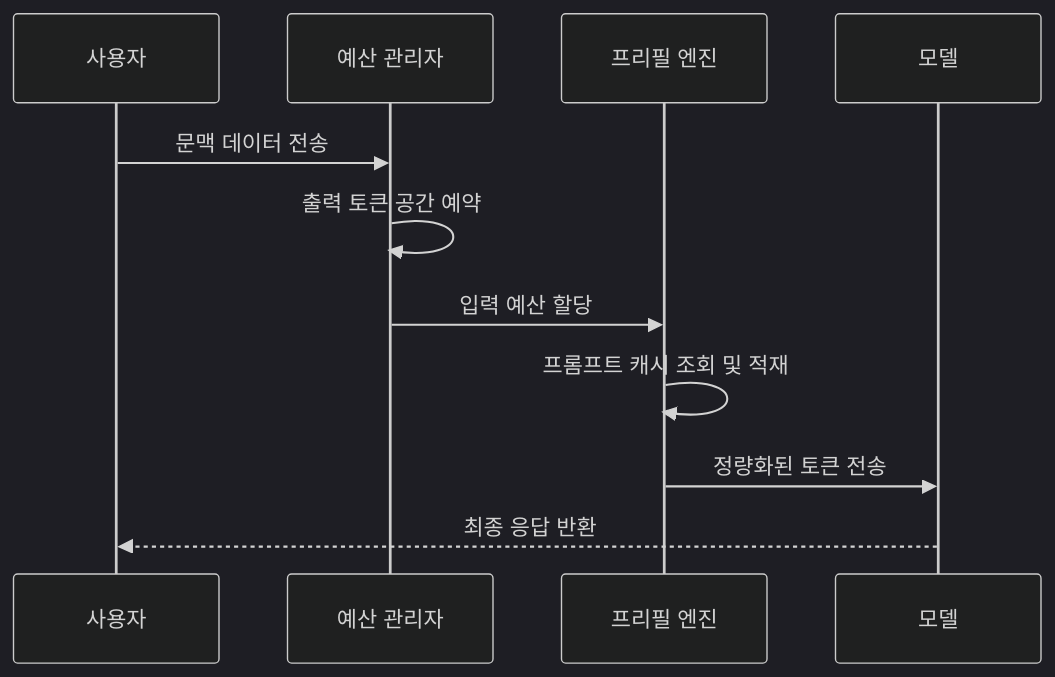
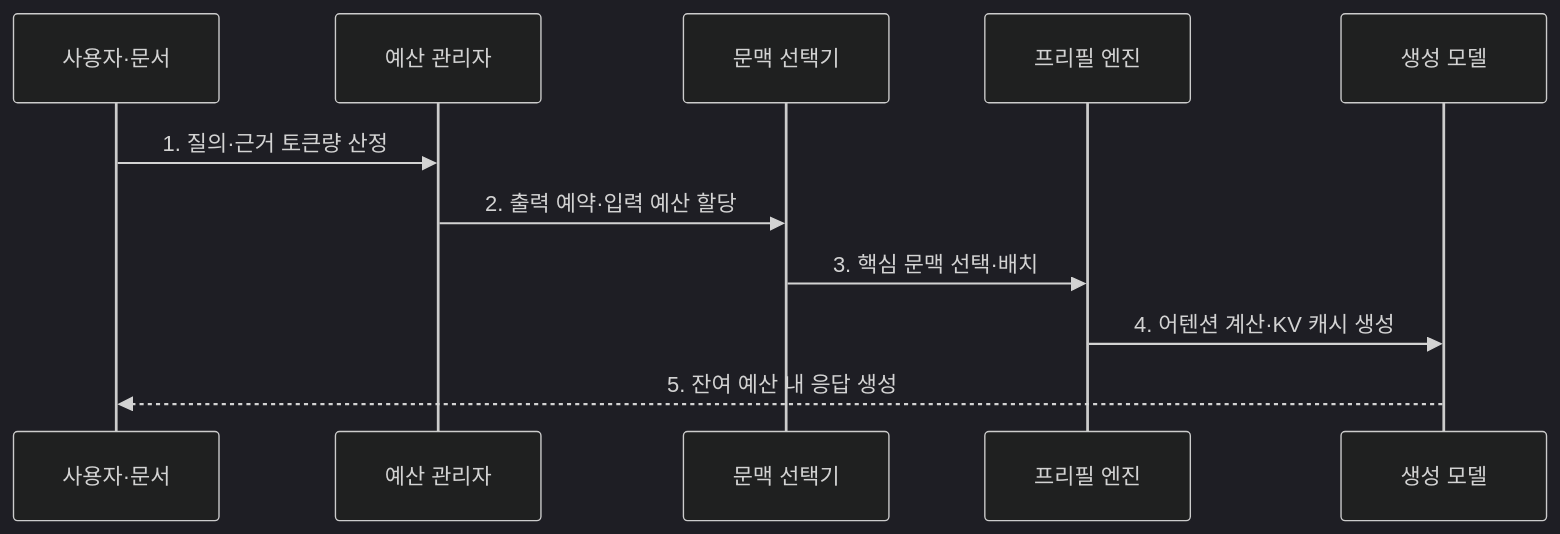
Before and after one commit to agnusdei1207/knowledge-base: the second of 2 diagrams in src/content/docs/notes/08-latest-tech/033_context_window.md, drawn with Mermaid (dark theme). The commit also changed other lines of this file and 26 other files, not shown here.

````diff
--- a/src/content/docs/notes/08-latest-tech/033_context_window.md
+++ b/src/content/docs/notes/08-latest-tech/033_context_window.md
@@ -72,13 +79,13 @@
 ```mermaid
 sequenceDiagram
-    participant U as 사용자
-    participant M as 예산 관리자
-    participant PE as 프리필 엔진
-    participant L as 모델
-    U->>M: 문맥 데이터 전송
-    M->>M: 출력 토큰 공간 예약
-    M->>PE: 입력 예산 할당
-    PE->>PE: 프롬프트 캐시 조회 및 적재
-    PE->>L: 정량화된 토큰 전송
-    L-->>U: 최종 응답 반환
+    participant U as 사용자·문서
+    participant B as 예산 관리자
+    participant S as 문맥 선택기
+    participant P as 프리필 엔진
+    participant M as 생성 모델
+    U->>B: 1. 질의·근거 토큰량 산정
+    B->>S: 2. 출력 예약·입력 예산 할당
+    S->>P: 3. 핵심 문맥 선택·배치
+    P->>M: 4. 어텐션 계산·KV 캐시 생성
+    M-->>U: 5. 잔여 예산 내 응답 생성
 ```
````
